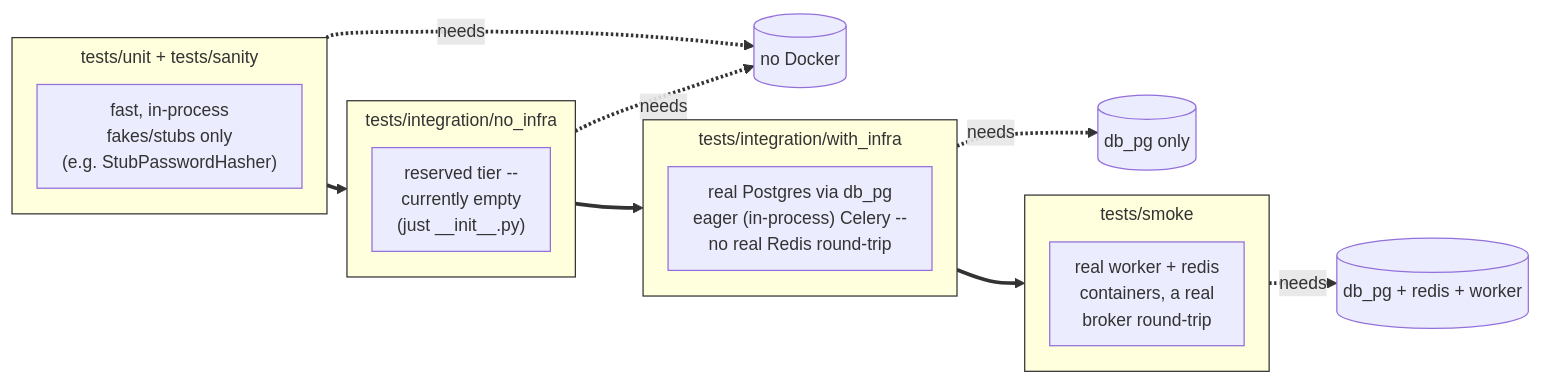
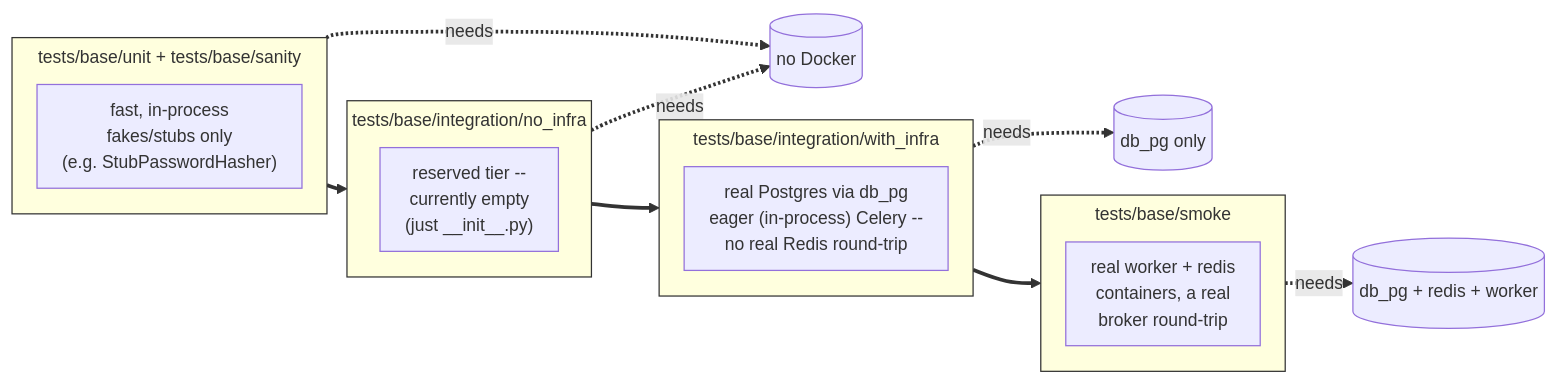
The first of 2 diagrams in docs/wiki/content/testing/test-infrastructure.md (Kgotso-Koete/fastapi-clean-example), drawn with Mermaid before and after one commit. The commit also changed other lines of this file and 1006 other files, not shown here.

````diff
--- a/docs/wiki/content/testing/test-infrastructure.md
+++ b/docs/wiki/content/testing/test-infrastructure.md
@@ -17,33 +17,33 @@
     ```mermaid
     %%{init: {"theme": "default", "themeVariables": {"fontSize": "14px"}, "flowchart": {"nodeSpacing": 20, "rankSpacing": 16, "padding": 10, "subGraphTitleMargin": {"top": 5, "bottom": 12}, "useMaxWidth": false}}}%%
     flowchart LR
-        subgraph unit["tests/unit + tests/sanity"]
+        subgraph unit["tests/base/unit + tests/base/sanity"]
             u1["fast, in-process<br/>fakes/stubs only<br/>(e.g. StubPasswordHasher)"]
         end
-        subgraph noinfra["tests/integration/no_infra"]
+        subgraph noinfra["tests/base/integration/no_infra"]
             n1["reserved tier --<br/>currently empty<br/>(just __init__.py)"]
         end
-        subgraph withinfra["tests/integration/with_infra"]
+        subgraph withinfra["tests/base/integration/with_infra"]
             w1["real Postgres via db_pg<br/>eager (in-process) Celery --<br/>no real Redis round-trip"]
         end
-        subgraph smoke["tests/smoke"]
+        subgraph smoke["tests/base/smoke"]
             s1["real worker + redis<br/>containers, a real<br/>broker round-trip"]
         end
 
         noinfra_infra[("no Docker")]
         withinfra_infra[("db_pg only")]
         smoke_infra[("db_pg + redis + worker")]
 
         unit -.->|needs| noinfra_infra
         noinfra -.->|needs| noinfra_infra
         withinfra -.->|needs| withinfra_infra
         smoke -.->|needs| smoke_infra
 
         unit --> noinfra --> withinfra --> smoke
 
         linkStyle default stroke-width:3px,stroke:#333333
         style unit stroke-width:1px,stroke:#333333
         style noinfra stroke-width:1px,stroke:#333333
         style withinfra stroke-width:1px,stroke:#333333
         style smoke stroke-width:1px,stroke:#333333
     ```
````
